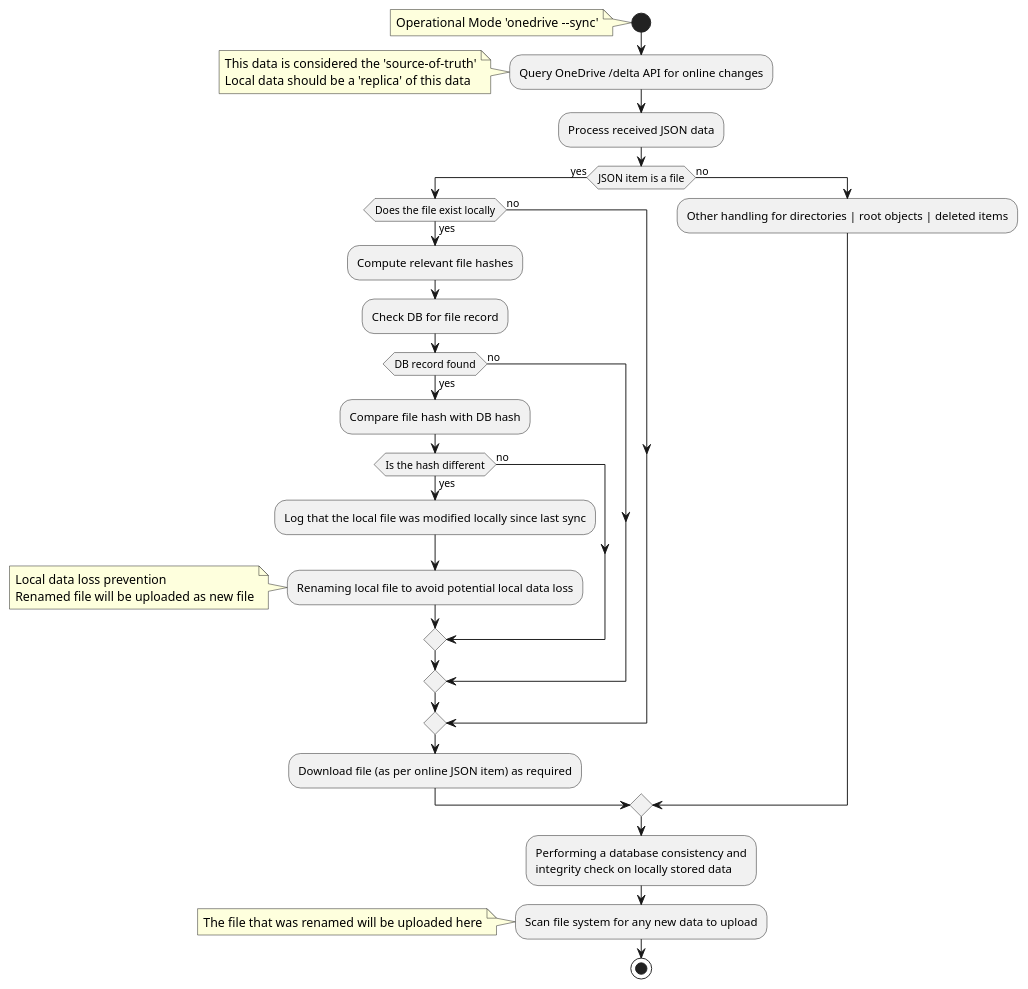
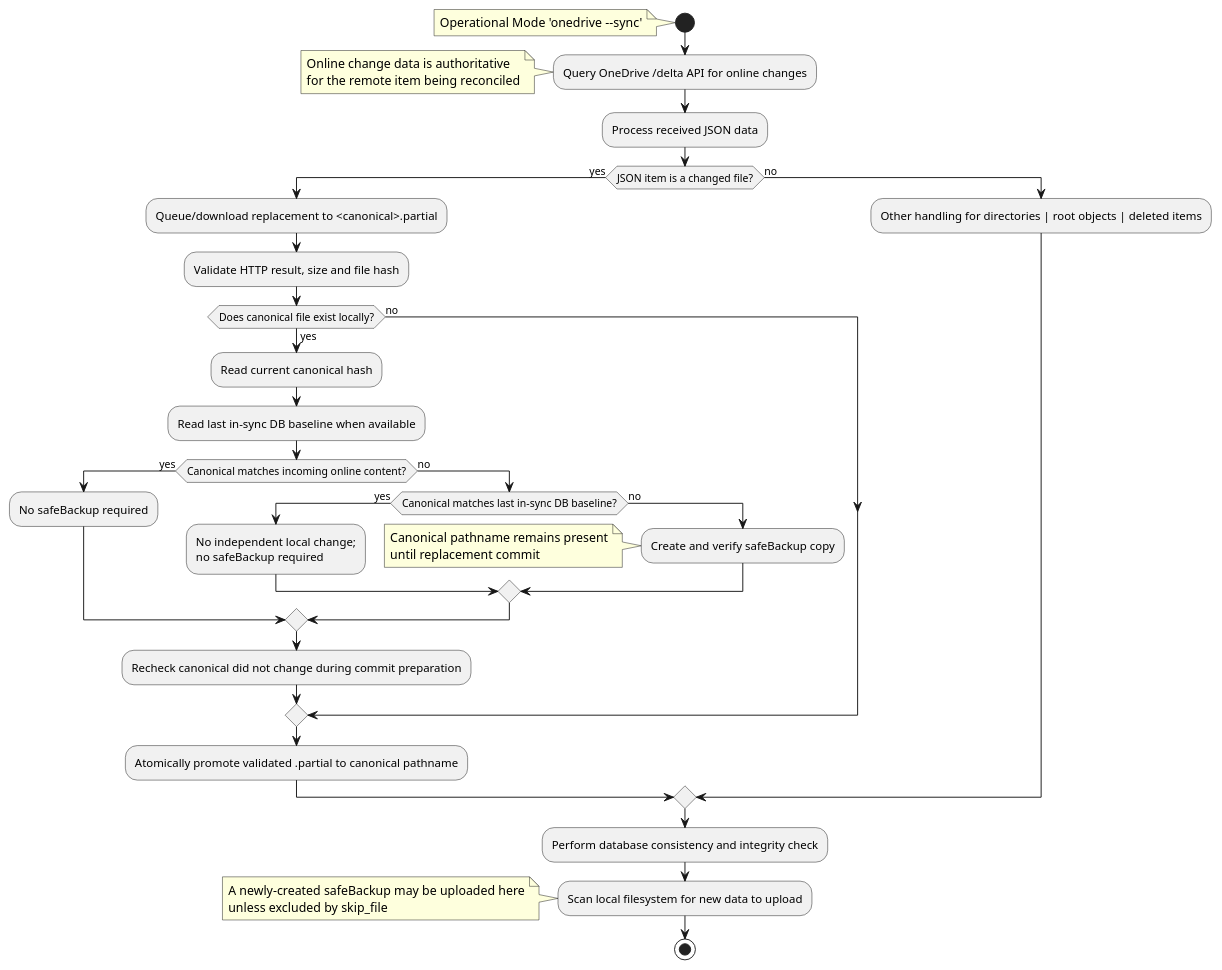
Before and after one commit to abraunegg/onedrive: the diagram in docs/puml/conflict_handling_default.puml, drawn with PlantUML. The commit also changed 28 other files, not shown here.

```diff
--- a/docs/puml/conflict_handling_default.puml
+++ b/docs/puml/conflict_handling_default.puml
@@ -1,31 +1,34 @@
 @startuml
 start
 note left: Operational Mode 'onedrive --sync'
 :Query OneDrive /delta API for online changes;
-note left: This data is considered the 'source-of-truth'\nLocal data should be a 'replica' of this data
+note left: Online change data is authoritative\nfor the remote item being reconciled
 :Process received JSON data;
-if (JSON item is a file) then (yes)
-  if (Does the file exist locally) then (yes)
-    :Compute relevant file hashes;
-    :Check DB for file record;
-    if (DB record found) then (yes)
-      :Compare file hash with DB hash;
-      if (Is the hash different) then (yes)
-        :Log that the local file was modified locally since last sync;
-        :Renaming local file to avoid potential local data loss;
-        note left: Local data loss prevention\nRenamed file will be uploaded as new file
+if (JSON item is a changed file?) then (yes)
+  :Queue/download replacement to <canonical>.partial;
+  :Validate HTTP result, size and file hash;
+  if (Does canonical file exist locally?) then (yes)
+    :Read current canonical hash;
+    :Read last in-sync DB baseline when available;
+    if (Canonical matches incoming online content?) then (yes)
+      :No safeBackup required;
+    else (no)
+      if (Canonical matches last in-sync DB baseline?) then (yes)
+        :No independent local change;\nno safeBackup required;
       else (no)
+        :Create and verify safeBackup copy;
+        note left: Canonical pathname remains present\nuntil replacement commit
       endif
-    else (no)    
     endif
+    :Recheck canonical did not change during commit preparation;
   else (no)
   endif
-:Download file (as per online JSON item) as required;
+  :Atomically promote validated .partial to canonical pathname;
 else (no)
   :Other handling for directories | root objects | deleted items;
 endif
-:Performing a database consistency and\nintegrity check on locally stored data;
-:Scan file system for any new data to upload;
-note left: The file that was renamed will be uploaded here
+:Perform database consistency and integrity check;
+:Scan local filesystem for new data to upload;
+note left: A newly-created safeBackup may be uploaded here\nunless excluded by skip_file
 stop
 @enduml
```
